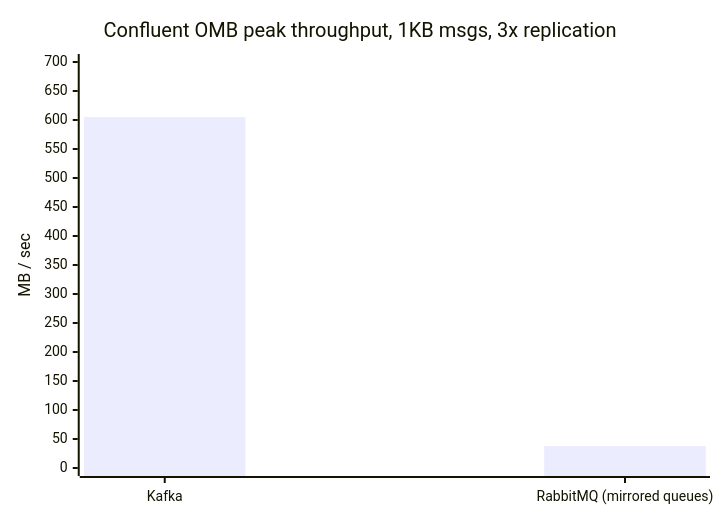
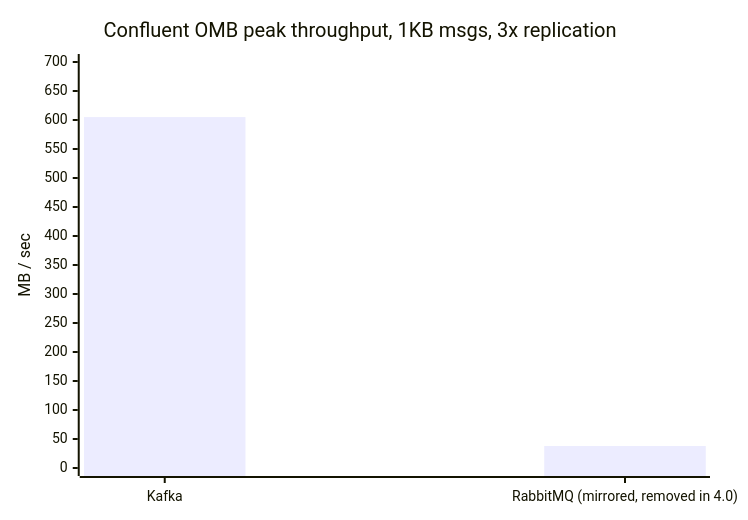
One commit to rppol/system-design changed the sixth of 6 diagrams in src/main/java/com/rutik/systemdesign/backend/case_studies/design_event_driven_order_system/design_event_driven_order_system.md. Above: the diagram before and after it, drawn with Mermaid. The commit also changed other lines of this file and 14 other files, not shown here.

````diff
--- a/src/main/java/com/rutik/systemdesign/backend/case_studies/design_event_driven_order_system/design_event_driven_order_system.md
+++ b/src/main/java/com/rutik/systemdesign/backend/case_studies/design_event_driven_order_system/design_event_driven_order_system.md
@@ -409,7 +409,7 @@
 ```mermaid
 xychart-beta
     title "Confluent OMB peak throughput, 1KB msgs, 3x replication"
-    x-axis ["Kafka", "RabbitMQ (mirrored queues)"]
+    x-axis ["Kafka", "RabbitMQ (mirrored, removed in 4.0)"]
     y-axis "MB / sec" 0 --> 700
     bar [605, 38]
 ```
````
